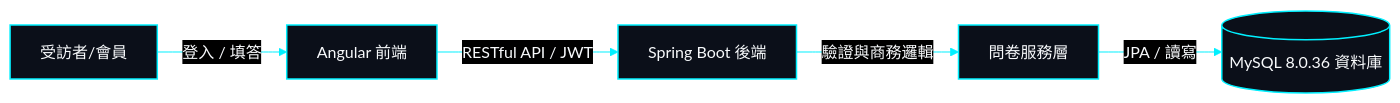
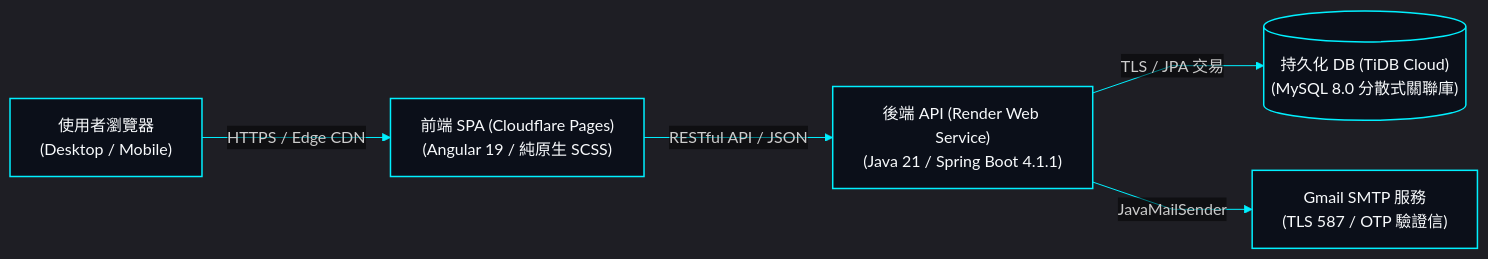
The first of 2 diagrams in README.md (EricXJason/survey-flow), drawn with Mermaid before and after one commit. The commit also changed other lines of this file and 33 other files, not shown here.

````diff
--- a/README.md
+++ b/README.md
@@ -49,10 +51,16 @@
 ```mermaid
-%%{init: {'theme': 'base', 'themeVariables': { 'darkMode': true, 'background': '#030712', 'primaryColor': '#0b0f19', 'primaryTextColor': '#f8fafc', 'primaryBorderColor': '#00f0ff', 'lineColor': '#00f0ff', 'secondaryColor': '#060a14', 'tertiaryColor': '#0b0f19' }, 'themeCSS': 'rect, .node rect { rx: 0px !important; ry: 0px !important; }' }}%%
+%%{init: {'theme': 'dark', 'themeVariables': { 'darkMode': true, 'background': '#030712', 'primaryColor': '#0b0f19', 'primaryTextColor': '#f8fafc', 'primaryBorderColor': '#00f0ff', 'lineColor': '#00f0ff', 'edgeLabelBackground': 'transparent', 'fontFamily': 'system-ui, sans-serif' }, 'flowchart': { 'curve': 'linear' } }}%%
 flowchart LR
     classDef hudCard fill:#0b0f19,stroke:#00f0ff,stroke-width:1.5px,color:#f8fafc,rx:0px,ry:0px;
 
-    User["受訪者/會員"]:::hudCard -->|"登入 / 填答"| WebUI["Angular 前端"]:::hudCard
-    WebUI -->|"RESTful API / JWT"| Gateway["Spring Boot 後端"]:::hudCard
-    Gateway -->|"驗證與商務邏輯"| BizService["問卷服務層"]:::hudCard
-    BizService -->|"JPA / 讀寫"| DB[("MySQL 8.0.36 資料庫")]:::hudCard
+    Client["使用者瀏覽器<br/>(Desktop / Mobile)"]:::hudCard
+    FE["前端 SPA (Cloudflare Pages)<br/>(Angular 19 / 純原生 SCSS)"]:::hudCard
+    BE["後端 API (Render Web Service)<br/>(Java 21 / Spring Boot 4.1.1)"]:::hudCard
+    DB[("持久化 DB (TiDB Cloud)<br/>(MySQL 8.0 分散式關聯庫)")]:::hudCard
+    SMTP["Gmail SMTP 服務<br/>(TLS 587 / OTP 驗證信)"]:::hudCard
+
+    Client -->|"HTTPS / Edge CDN"| FE
+    FE -->|"RESTful API / JSON"| BE
+    BE -->|"TLS / JPA 交易"| DB
+    BE -->|"JavaMailSender"| SMTP
 ```
````
